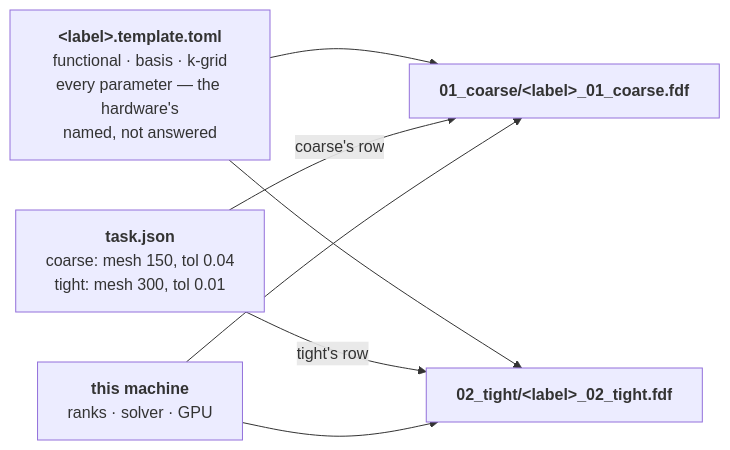
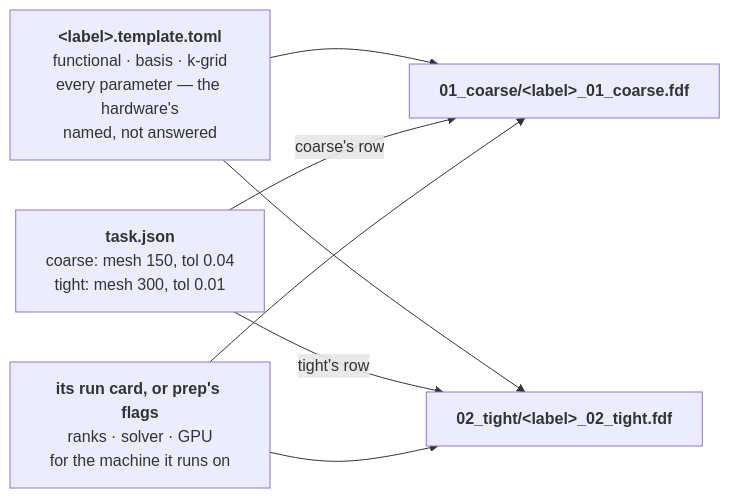
One commit to Qing-LAB/molbuilder changed the diagram in docs/engines/stages.md. Above: the diagram before and after it, drawn with Mermaid. The commit also changed other lines of this file and 54 other files, not shown here.

````diff
--- a/docs/engines/stages.md
+++ b/docs/engines/stages.md
@@ -1886,14 +1888,14 @@
 ```mermaid
 flowchart LR
     T["<b>&lt;label&gt;.template.toml</b><br/>functional · basis · k-grid<br/>every parameter — the hardware's<br/>named, not answered"]
     J["<b>task.json</b><br/>coarse: mesh 150, tol 0.04<br/>tight:  mesh 300, tol 0.01"]
-    M["<b>this machine</b><br/>ranks · solver · GPU"]
+    M["<b>its run card, or prep's flags</b><br/>ranks · solver · GPU<br/>for the machine it runs on"]
     DC["<b>01_coarse/&lt;label&gt;_01_coarse.fdf</b>"]
     DT["<b>02_tight/&lt;label&gt;_02_tight.fdf</b>"]
     T --> DC
     T --> DT
     J -->|"coarse's row"| DC
     J -->|"tight's row"| DT
     M --> DC
     M --> DT
 ```
````
